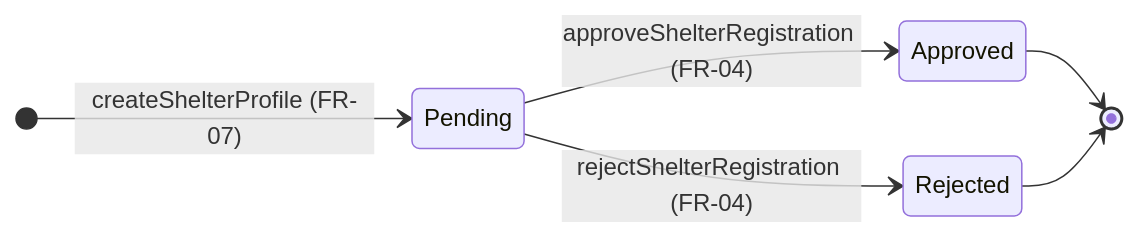
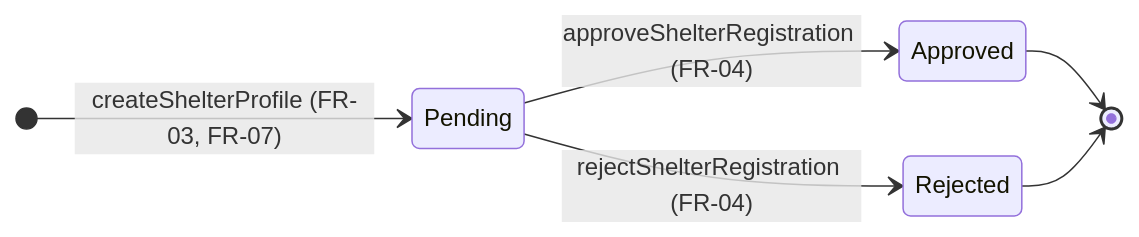
One commit to seng321-termproject-pawradise/pawradise changed diagram 11 of 12 in docs/06-architecture.md. Above: the diagram before and after it, drawn with Mermaid. The commit also changed other lines of this file, not shown here.

Commit message:
docs: map createShelterProfile to FR-03 and FR-07

````diff
--- a/docs/06-architecture.md
+++ b/docs/06-architecture.md
@@ -818,9 +818,9 @@
 ```mermaid
 stateDiagram-v2
     direction LR
-    [*] --> Pending: createShelterProfile (FR-07)
+    [*] --> Pending: createShelterProfile (FR-03, FR-07)
     Pending --> Approved: approveShelterRegistration (FR-04)
     Pending --> Rejected: rejectShelterRegistration (FR-04)
     Approved --> [*]
     Rejected --> [*]
 ```
````
